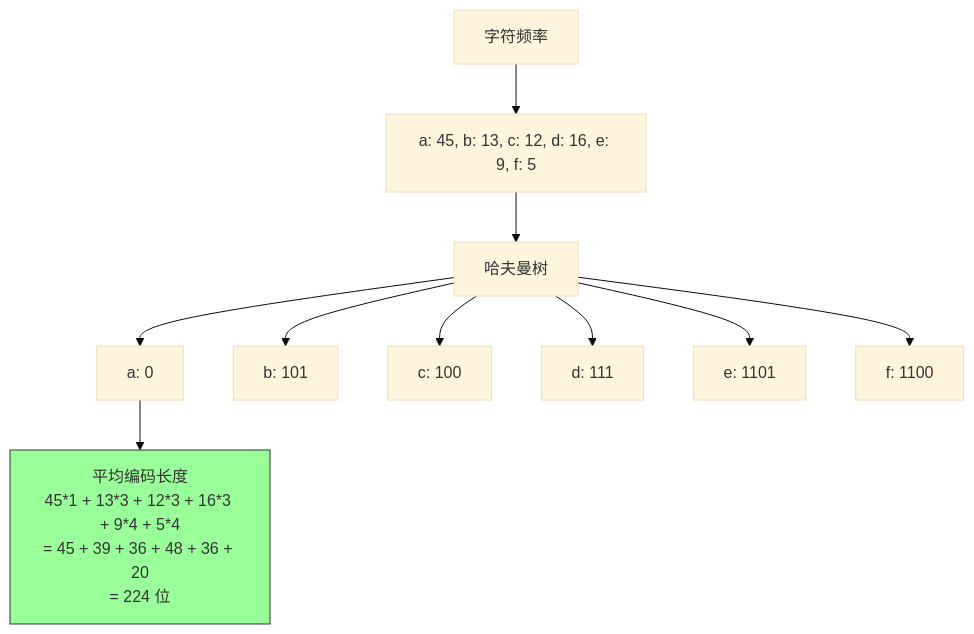
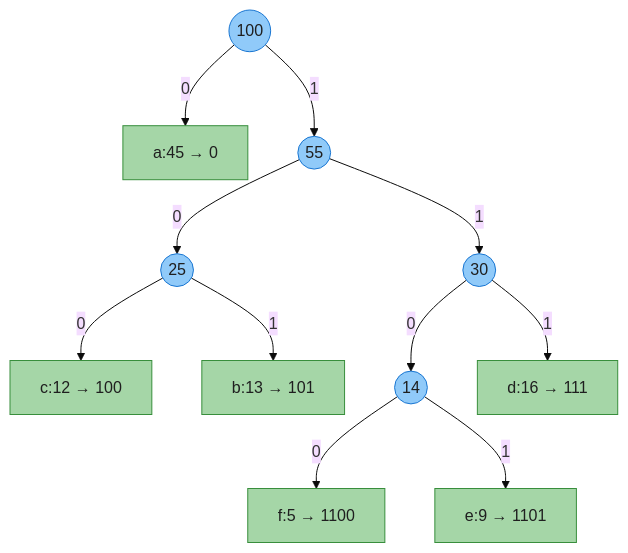
The third of 3 diagrams in IntroductionToAlgorithms/Chapter15_贪心算法_深度版.md (socoo123/book_reading), drawn with Mermaid (base theme) before and after one commit. The commit also changed other lines of this file and 30 other files, not shown here.

````diff
--- a/IntroductionToAlgorithms/Chapter15_贪心算法_深度版.md
+++ b/IntroductionToAlgorithms/Chapter15_贪心算法_深度版.md
@@ -1142,17 +199,18 @@
 ```mermaid
 flowchart TD
-    A["字符频率"] --> B["a: 45, b: 13, c: 12, d: 16, e: 9, f: 5"]
+    r(("100")) -->|"0"| a["a:45 → 0"]
+    r -->|"1"| n55(("55"))
+    n55 -->|"0"| n25(("25"))
+    n55 -->|"1"| n30(("30"))
+    n25 -->|"0"| c["c:12 → 100"]
+    n25 -->|"1"| b["b:13 → 101"]
+    n30 -->|"0"| n14(("14"))
+    n30 -->|"1"| d["d:16 → 111"]
+    n14 -->|"0"| f["f:5 → 1100"]
+    n14 -->|"1"| e["e:9 → 1101"]
 
-    B --> C["哈夫曼树"]
-
-    C --> D["a: 0"]
-    C --> E["b: 101"]
-    C --> F["c: 100"]
-    C --> G["d: 111"]
-    C --> H["e: 1101"]
-    C --> I["f: 1100"]
-
-    D --> J["平均编码长度<br/>45*1 + 13*3 + 12*3 + 16*3 + 9*4 + 5*4<br/>= 45 + 39 + 36 + 48 + 36 + 20<br/>= 224 位"]
-
-    style J fill:#99ff99,stroke:#333
+    classDef leaf fill:#A5D6A7,stroke:#388E3C,color:#1f1f1f
+    classDef internal fill:#90CAF9,stroke:#1976D2,color:#1f1f1f
+    class a,b,c,d,e,f leaf
+    class r,n55,n25,n30,n14 internal
 ```
````
